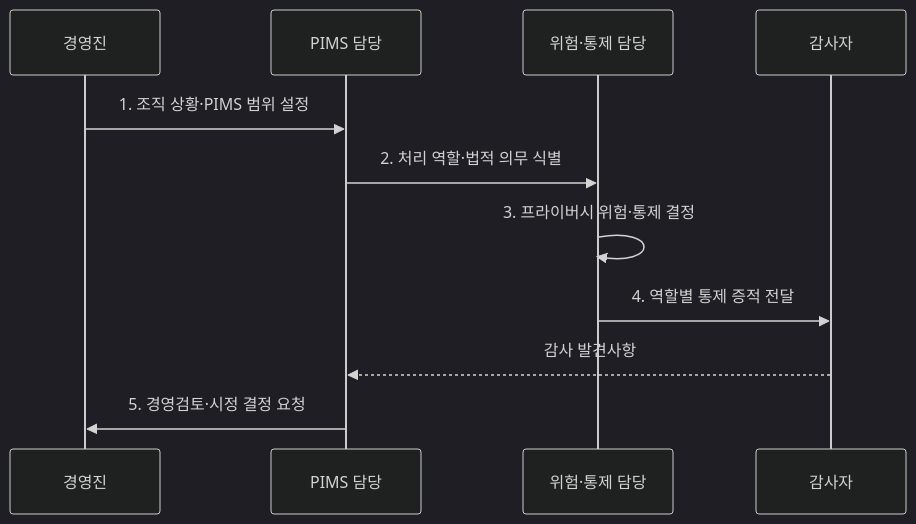
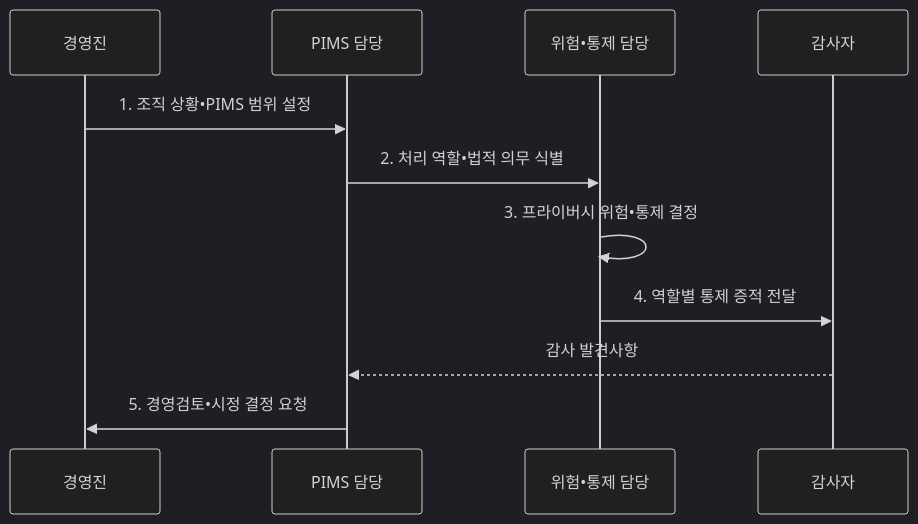
Before and after one commit to agnusdei1207/knowledge-base: the second of 2 diagrams in src/content/docs/notes/05-security/107_iso_27701.md, drawn with Mermaid (dark theme). The commit also changed other lines of this file and 953 other files, not shown here.

````diff
--- a/src/content/docs/notes/05-security/107_iso_27701.md
+++ b/src/content/docs/notes/05-security/107_iso_27701.md
@@ -99,13 +99,13 @@
 ```mermaid
 sequenceDiagram
   participant O as 경영진
   participant P as PIMS 담당
-  participant C as 위험·통제 담당
+  participant C as 위험•통제 담당
   participant A as 감사자
-  O->>P: 1. 조직 상황·PIMS 범위 설정
-  P->>C: 2. 처리 역할·법적 의무 식별
-  C->>C: 3. 프라이버시 위험·통제 결정
+  O->>P: 1. 조직 상황•PIMS 범위 설정
+  P->>C: 2. 처리 역할•법적 의무 식별
+  C->>C: 3. 프라이버시 위험•통제 결정
   C->>A: 4. 역할별 통제 증적 전달
   A-->>P: 감사 발견사항
-  P->>O: 5. 경영검토·시정 결정 요청
+  P->>O: 5. 경영검토•시정 결정 요청
 ```
````
